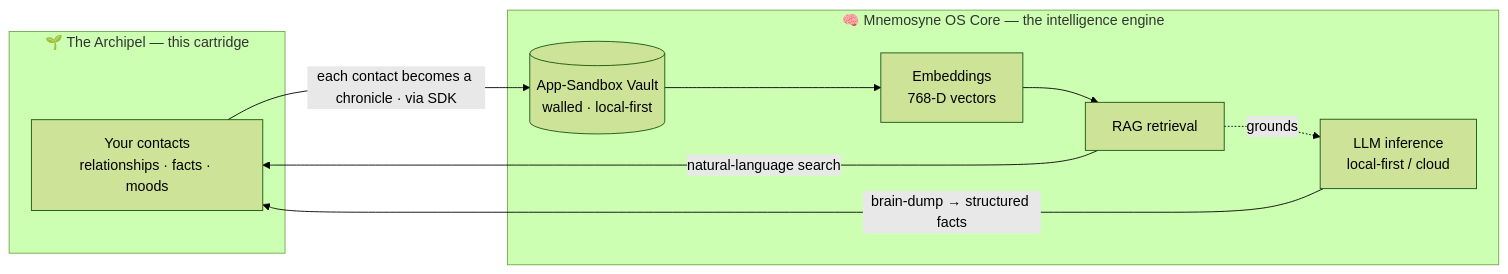
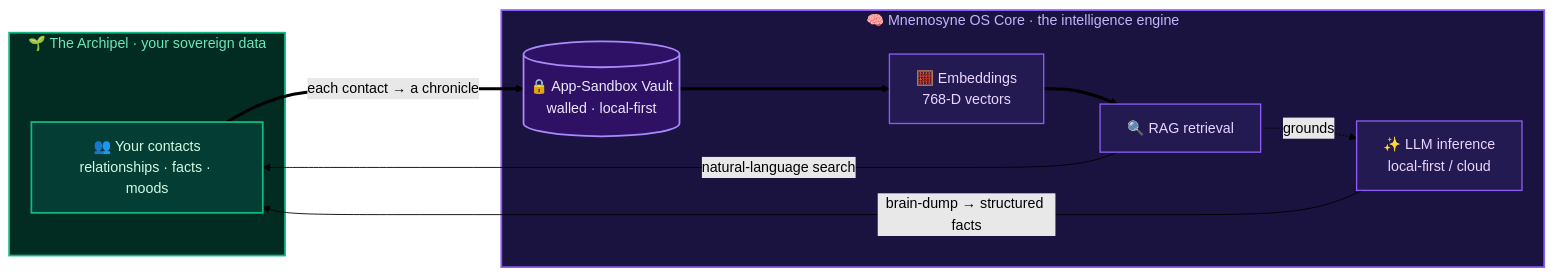
One commit to Mnemosyne-OS/MnemoArchipel---Mnemosyne-OS changed the diagram in README.md. Above: the diagram before and after it, drawn with Mermaid (forest theme).

Commit message:
docs: style the core-connection diagram (color-coded, emojis)

````diff
--- a/README.md
+++ b/README.md
@@ -58,19 +58,29 @@
 ```mermaid
 flowchart LR
-    subgraph ARCHIPEL["🌱 The Archipel — this cartridge"]
-        DATA["Your contacts<br/>relationships · facts · moods"]
+    subgraph ARCHIPEL["🌱 The Archipel · your sovereign data"]
+        DATA["👥 Your contacts<br/>relationships · facts · moods"]
     end
 
-    subgraph CORE["🧠 Mnemosyne OS Core — the intelligence engine"]
-        VAULT[("App-Sandbox Vault<br/>walled · local-first")]
-        EMB["Embeddings<br/>768-D vectors"]
-        RAG["RAG retrieval"]
-        LLM["LLM inference<br/>local-first / cloud"]
+    subgraph CORE["🧠 Mnemosyne OS Core · the intelligence engine"]
+        VAULT[("🔒 App-Sandbox Vault<br/>walled · local-first")]
+        EMB["🧮 Embeddings<br/>768-D vectors"]
+        RAG["🔍 RAG retrieval"]
+        LLM["✨ LLM inference<br/>local-first / cloud"]
     end
 
-    DATA -->|"each contact becomes a chronicle · via SDK"| VAULT
-    VAULT --> EMB --> RAG
+    DATA ==>|"each contact → a chronicle"| VAULT
+    VAULT ==> EMB ==> RAG
     RAG -->|"natural-language search"| DATA
     LLM -->|"brain-dump → structured facts"| DATA
     RAG -.->|grounds| LLM
+
+    classDef dataNode fill:#043d33,stroke:#10b981,stroke-width:2px,color:#d1fae5
+    classDef vaultNode fill:#2e1065,stroke:#a78bfa,stroke-width:2px,color:#ede9fe
+    classDef coreNode fill:#241a52,stroke:#8b5cf6,stroke-width:1.5px,color:#e9d5ff
+    class DATA dataNode
+    class VAULT vaultNode
+    class EMB,RAG,LLM coreNode
+
+    style ARCHIPEL fill:#022c22,stroke:#10b981,stroke-width:2px,color:#6ee7b7
+    style CORE fill:#1a1340,stroke:#8b5cf6,stroke-width:2px,color:#c4b5fd
 ```
````
